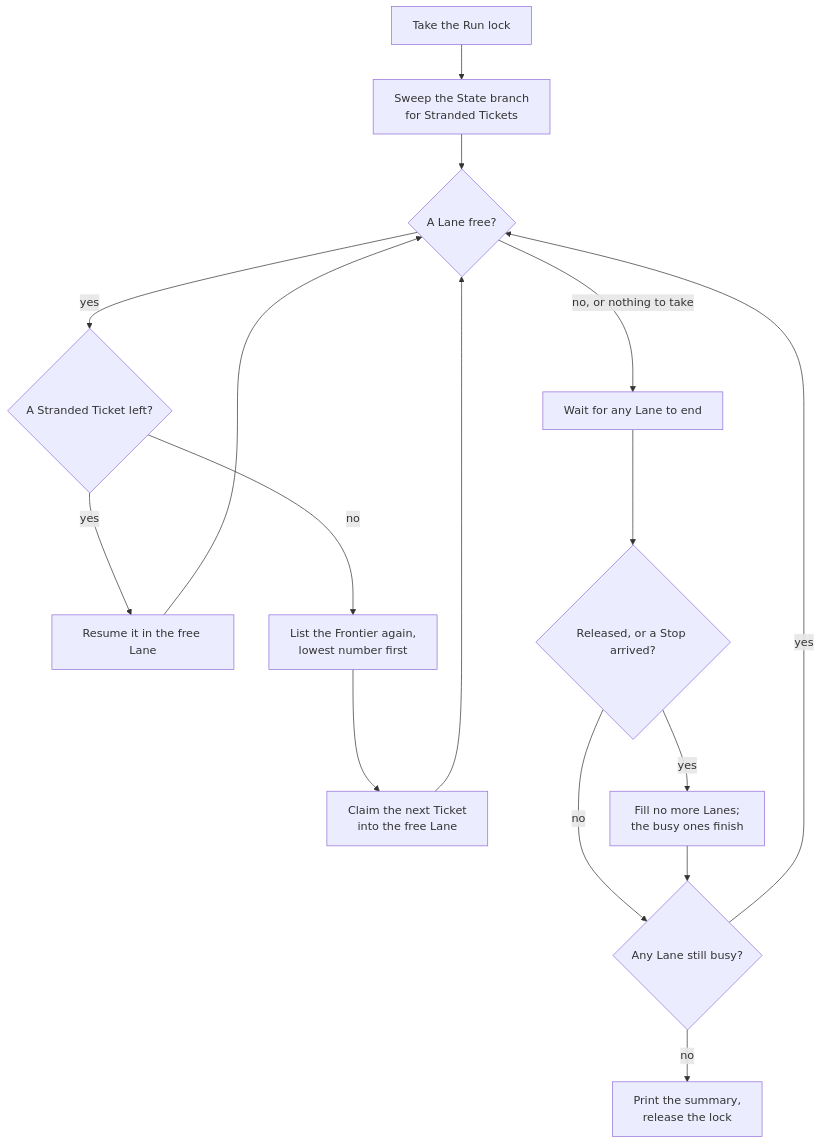
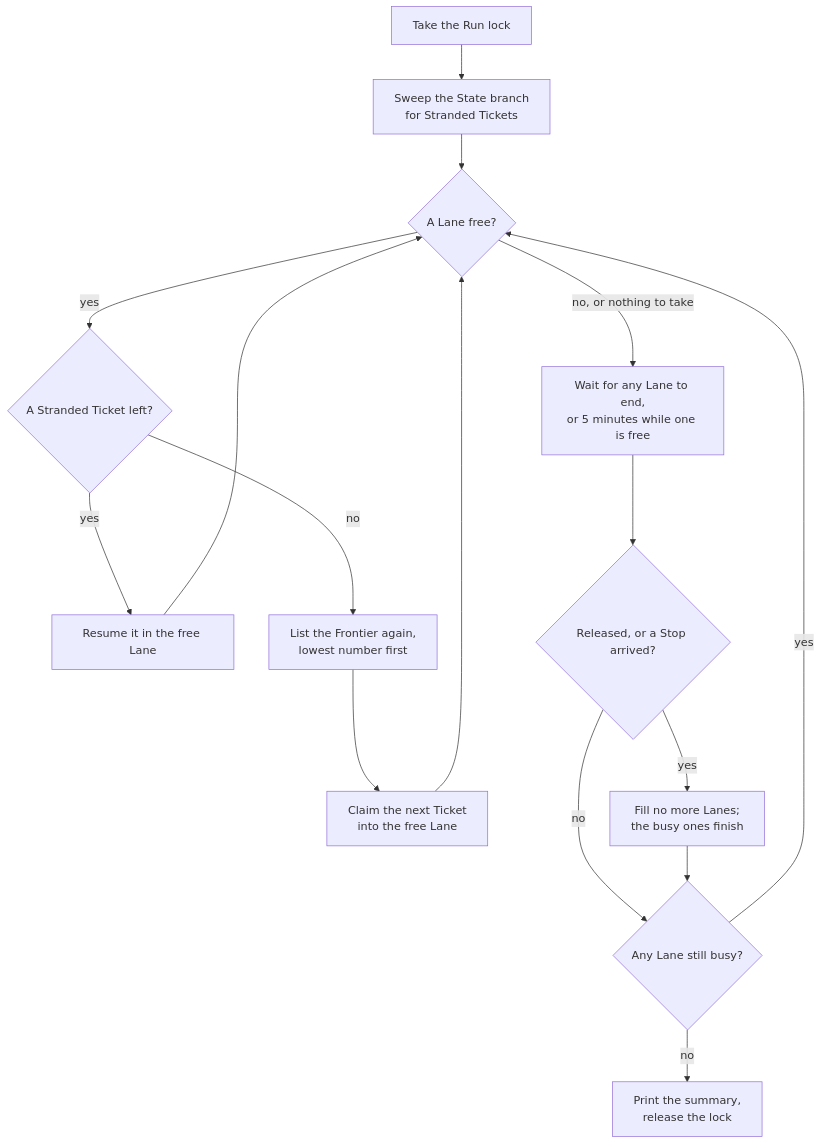
Before and after one commit to jjongs2/ticket-runner: the diagram in wiki/guide/running.md, drawn with Mermaid. The commit also changed other lines of this file and 11 other files, not shown here.

First line of the commit message:
feat(run): let a free Lane look at the Frontier while another Lane is busy (#282)

````diff
--- a/wiki/guide/running.md
+++ b/wiki/guide/running.md
@@ -43,16 +43,16 @@
 ```mermaid
 flowchart TD
   A["Take the Run lock"] --> B["Sweep the State branch<br>for Stranded Tickets"]
   B --> C{"A Lane free?"}
   C -- yes --> D{"A Stranded Ticket left?"}
   D -- yes --> E["Resume it in the free Lane"] --> C
   D -- no --> F["List the Frontier again,<br>lowest number first"]
   F --> G["Claim the next Ticket<br>into the free Lane"] --> C
-  C -- "no, or nothing to take" --> H["Wait for any Lane to end"]
+  C -- "no, or nothing to take" --> H["Wait for any Lane to end,<br>or 5 minutes while one is free"]
   H --> I{"Released, or a Stop arrived?"}
   I -- yes --> J["Fill no more Lanes;<br>the busy ones finish"]
   I -- no --> K{"Any Lane still busy?"}
   J --> K
   K -- yes --> C
   K -- no --> L["Print the summary,<br>release the lock"]
 ```
````
